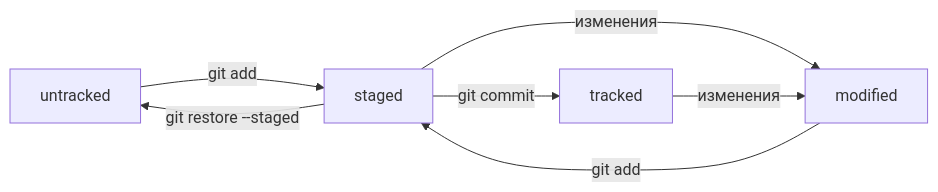
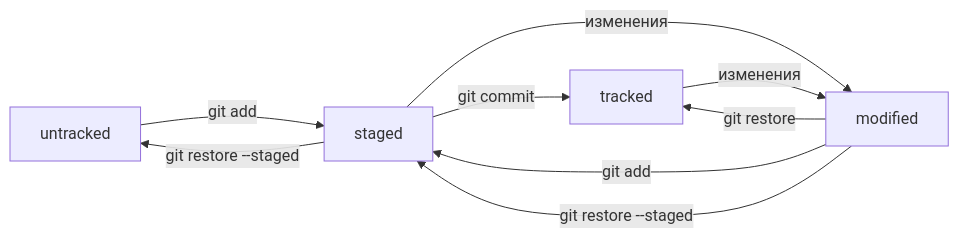
Before and after one commit to phantom-333/git-help: the diagram in README.md, drawn with Mermaid. The commit also changed other lines of this file, not shown here.

Commit message:
Дополнить информацию про git restore

````diff
--- a/README.md
+++ b/README.md
@@ -80,10 +80,12 @@
 ```mermaid
 %% Статусы файлов:
 graph LR;
   untracked -- "git add"       --> staged;
   staged    -- "git restore --staged"  --> untracked;
   staged    -- "git commit"    --> tracked;
   staged    -- "изменения"     --> modified;
   tracked   -- "изменения"     --> modified;
+  modified  -- "git restore"   --> tracked;
   modified  -- "git add"       --> staged;
+  modified  -- "git restore --staged"   --> staged;
 ```
````
